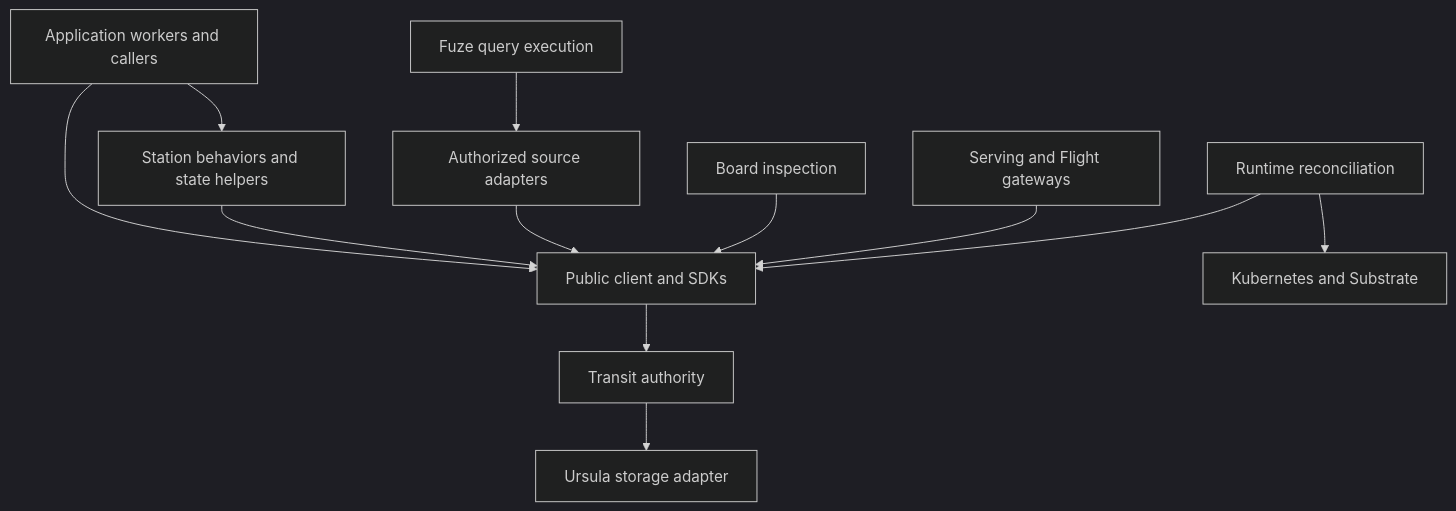
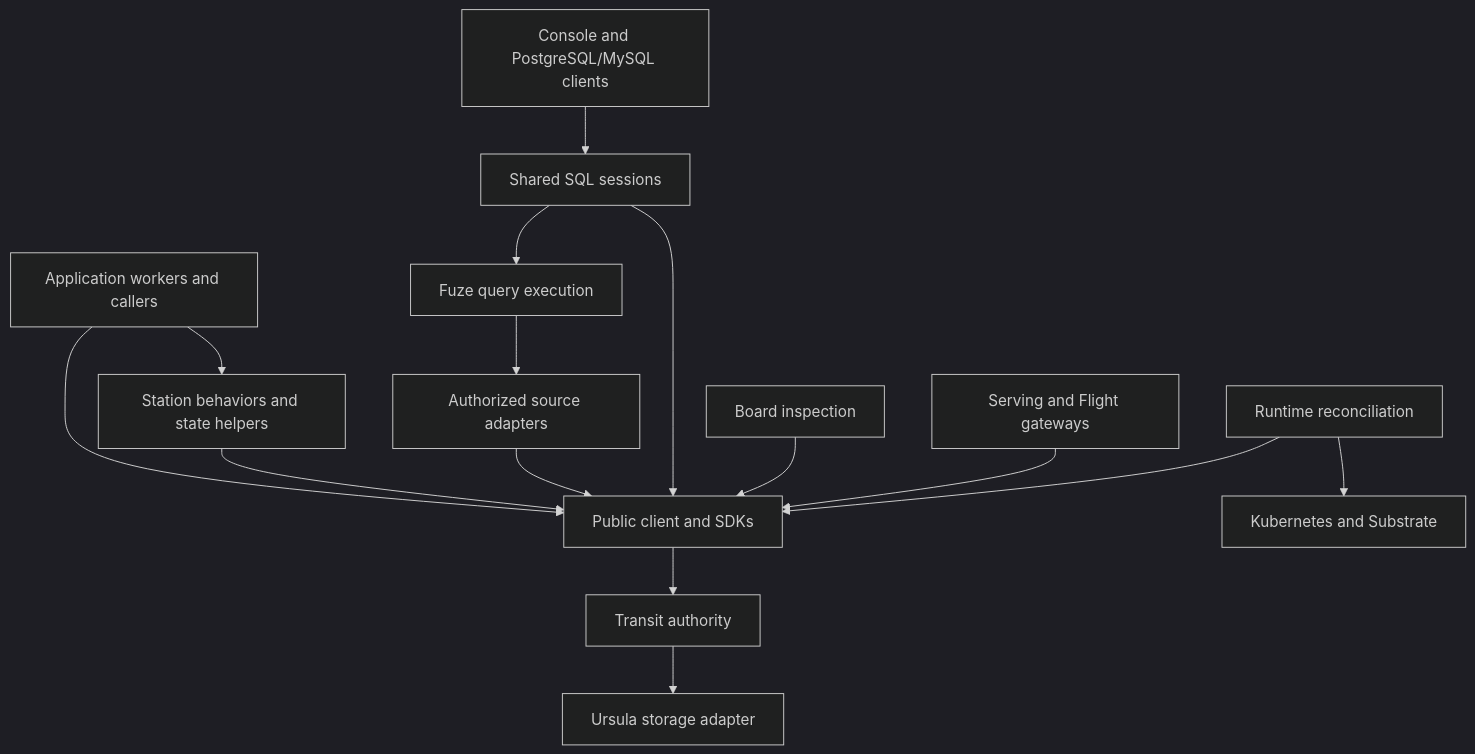
One commit to spoke-sh/transit changed the diagram in docs/handbook/reference/architecture.md. Above: the diagram before and after it, drawn with Mermaid (dark theme). The commit also changed other lines of this file and 31 other files, not shown here.

Commit message:
docs(handbook): cover current interfaces and publish contract schemas

````diff
--- a/docs/handbook/reference/architecture.md
+++ b/docs/handbook/reference/architecture.md
@@ -17,14 +17,17 @@
 ```mermaid
 flowchart TD
   App[Application workers and callers] --> Client[Public client and SDKs]
   App --> Station[Station behaviors and state helpers]
   Station --> Client
   Client --> Node[Transit authority]
   Node --> Storage[Ursula storage adapter]
   Query[Fuze query execution] --> Sources[Authorized source adapters]
   Sources --> Client
+  SQLClients[Console and PostgreSQL/MySQL clients] --> SQL[Shared SQL sessions]
+  SQL --> Query
+  SQL --> Client
   Board[Board inspection] --> Client
   Serving[Serving and Flight gateways] --> Client
   Runtime[Runtime reconciliation] --> Client
   Runtime --> Provider[Kubernetes and Substrate]
 ```
````
